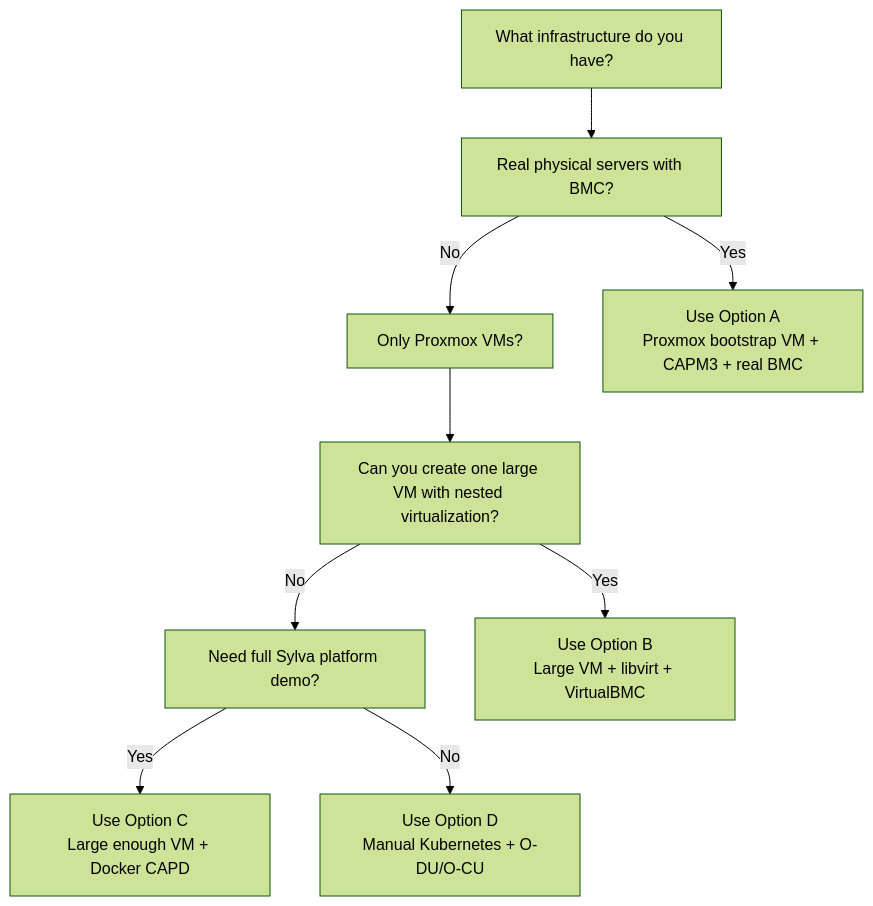
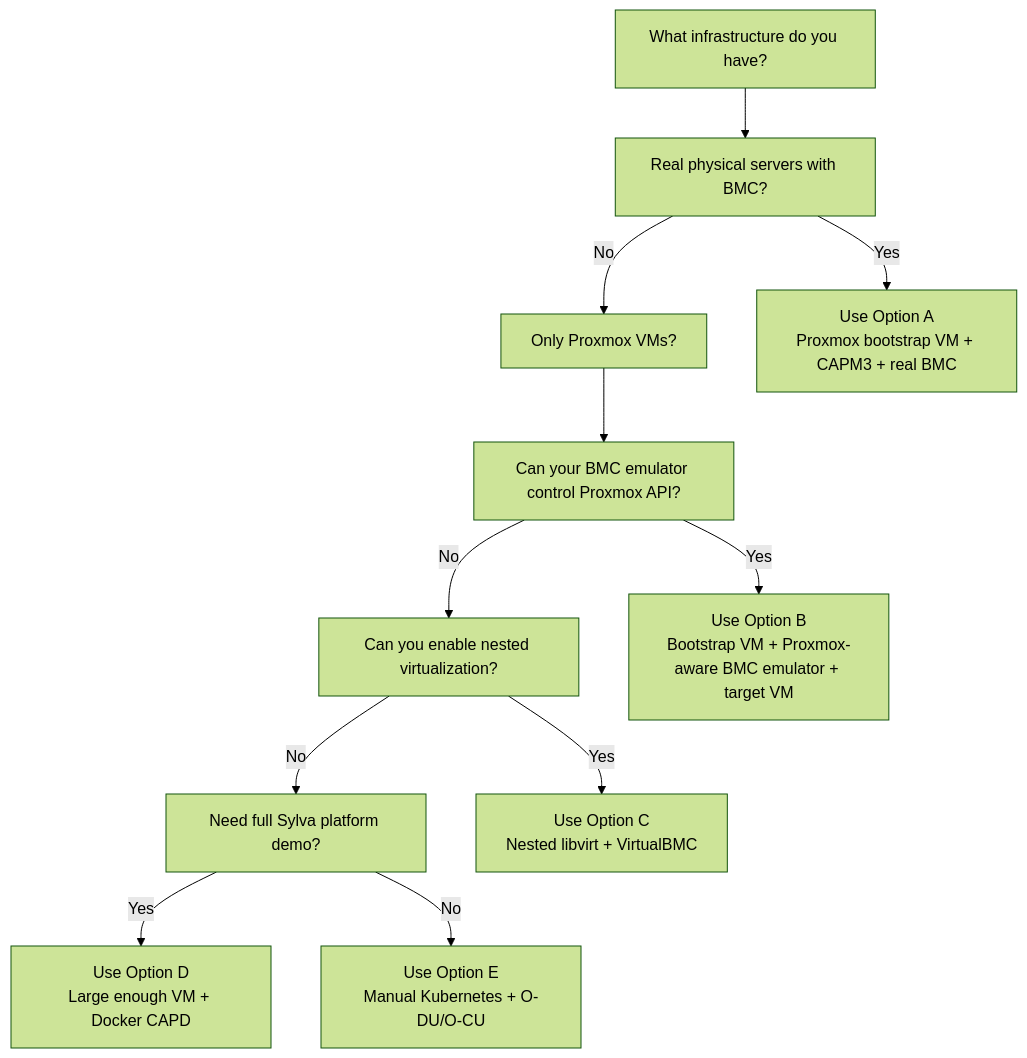
One commit to mohammedelnageb/Sylva_OIE_Project changed the first of 4 diagrams in docs/baremetal/README.md. Above: the diagram before and after it, drawn with Mermaid (forest theme). The commit also changed other lines of this file, not shown here.

Commit message:
Document Proxmox target VM fake BMC option

````diff
--- a/docs/baremetal/README.md
+++ b/docs/baremetal/README.md
@@ -31,17 +33,20 @@
 ```mermaid
 flowchart TD
     start["What infrastructure do you have?"]
     realbm["Real physical servers with BMC?"]
     proxmox["Only Proxmox VMs?"]
-    enough["Can you create one large VM with nested virtualization?"]
+    api["Can your BMC emulator control Proxmox API?"]
+    enough["Can you enable nested virtualization?"]
     sylva["Need full Sylva platform demo?"]
 
     start --> realbm
     realbm -->|"Yes"| capm3["Use Option A<br/>Proxmox bootstrap VM + CAPM3 + real BMC"]
     realbm -->|"No"| proxmox
-    proxmox --> enough
-    enough -->|"Yes"| fake["Use Option B<br/>Large VM + libvirt + VirtualBMC"]
+    proxmox --> api
+    api -->|"Yes"| proxemu["Use Option B<br/>Bootstrap VM + Proxmox-aware BMC emulator + target VM"]
+    api -->|"No"| enough
+    enough -->|"Yes"| fake["Use Option C<br/>Nested libvirt + VirtualBMC"]
     enough -->|"No"| sylva
-    sylva -->|"Yes"| capd["Use Option C<br/>Large enough VM + Docker CAPD"]
-    sylva -->|"No"| manual["Use Option D<br/>Manual Kubernetes + O-DU/O-CU"]
+    sylva -->|"Yes"| capd["Use Option D<br/>Large enough VM + Docker CAPD"]
+    sylva -->|"No"| manual["Use Option E<br/>Manual Kubernetes + O-DU/O-CU"]
 ```
````
